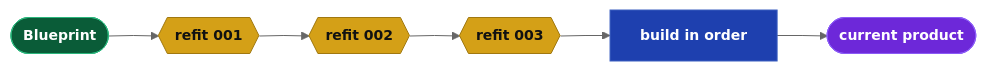
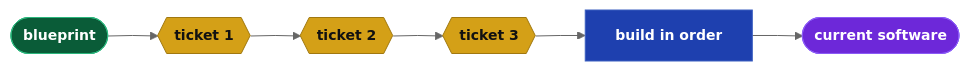
One commit to webcloudstudio/Drydock changed the second of 3 diagrams in docs/papers/SDD_Optimal_Path_to_Managing_Changed_Specifications.md. Above: the diagram before and after it, drawn with Mermaid. The commit also changed other lines of this file and 2 other files, not shown here.

Commit message:
Rewrite refit white paper in plain language and drop internal Drydock artifact names

````diff
--- a/docs/papers/SDD_Optimal_Path_to_Managing_Changed_Specifications.md
+++ b/docs/papers/SDD_Optimal_Path_to_Managing_Changed_Specifications.md
@@ -130,19 +115,19 @@
 ```mermaid
 %%{init: {'theme': 'neutral', 'flowchart': {'curve': 'linear'}, 'themeVariables': {'fontSize': '14px'}}}%%
 flowchart LR
   classDef dir    fill:#0a5c38,stroke:#2cb67d,color:#fff,font-weight:bold
   classDef md     fill:#d4a017,stroke:#a07810,color:#111,font-weight:bold
   classDef script fill:#1e40af,stroke:#3b5fc0,color:#fff,font-weight:bold
   classDef prompt fill:#c2410c,stroke:#ea580c,color:#fff,font-weight:bold
   classDef output fill:#6d28d9,stroke:#8b5cf6,color:#fff,font-weight:bold
   classDef web    fill:#be123c,stroke:#fb7185,color:#fff,font-weight:bold
 
-  BP(["Blueprint"]):::dir
-  T1{{"refit 001"}}:::md
-  T2{{"refit 002"}}:::md
-  T3{{"refit 003"}}:::md
+  BP(["blueprint"]):::dir
+  T1{{"ticket 1"}}:::md
+  T2{{"ticket 2"}}:::md
+  T3{{"ticket 3"}}:::md
   BLD["build in order"]:::script
-  PROD(["current product"]):::output
+  PROD(["current software"]):::output
 
   BP --> T1 --> T2 --> T3 --> BLD --> PROD
 ```
````
